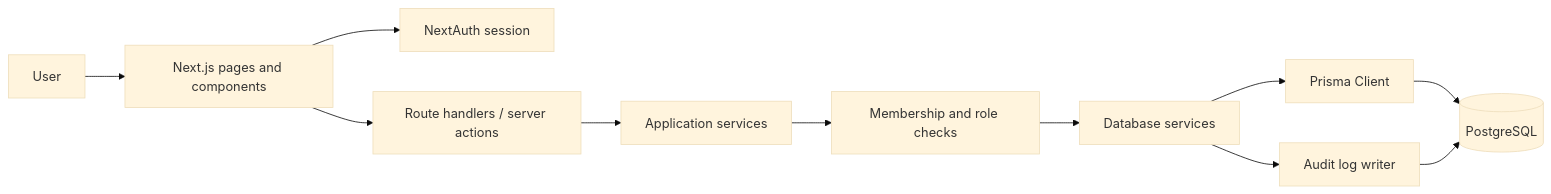
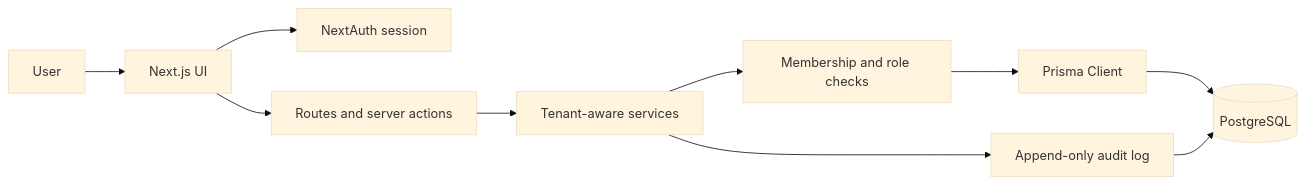
One commit to VamsiKolli10/tenant-guard changed the diagram in README.md. Above: the diagram before and after it, drawn with Mermaid (base theme). The commit also changed other lines of this file, not shown here.

````diff
--- a/README.md
+++ b/README.md
@@ -192,13 +31,12 @@
 ```mermaid
 flowchart LR
-  User[User] --> UI[Next.js pages and components]
+  User[User] --> UI[Next.js UI]
   UI --> Auth[NextAuth session]
-  UI --> Routes[Route handlers / server actions]
-  Routes --> AppServices[Application services]
-  AppServices --> Tenancy[Membership and role checks]
-  Tenancy --> DbServices[Database services]
-  DbServices --> Prisma[Prisma Client]
+  UI --> Routes[Routes and server actions]
+  Routes --> Services[Tenant-aware services]
+  Services --> RBAC[Membership and role checks]
+  RBAC --> Prisma[Prisma Client]
   Prisma --> Postgres[(PostgreSQL)]
-  DbServices --> Audit[Audit log writer]
+  Services --> Audit[Append-only audit log]
   Audit --> Postgres
 ```
````
